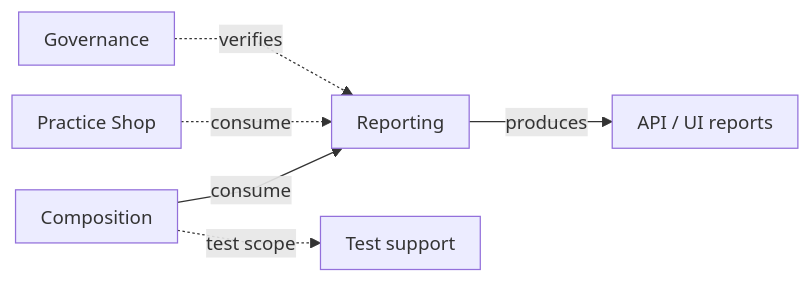
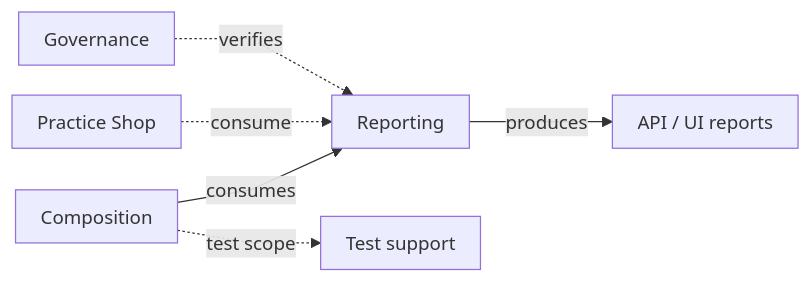
Before and after one commit to crististefanita/atf_j0: the second of 4 diagrams in atf-reporting-tests/README.md, drawn with Mermaid. The commit also changed other lines of this file and 13 other files, not shown here.

````diff
--- a/atf-reporting-tests/README.md
+++ b/atf-reporting-tests/README.md
@@ -276,9 +272,9 @@
 ```mermaid
 %%{init: {"themeVariables":{"fontSize":"15px"},"themeCSS":".nodeLabel, .nodeLabel p { font-size: 15px !important; line-height: 1.35 !important; } .edgeLabel, .edgeLabel p { font-size: 12px !important; font-weight: 400 !important; line-height: 1.2 !important; } .edgeLabel .labelBkg, .edgeLabel p { background: transparent !important; } .edgeLabel foreignObject { transform: translateY(-10px); overflow: visible; } .node rect { rx: 6px; ry: 6px; }","flowchart":{"curve":"linear","nodeSpacing":24,"rankSpacing":40,"padding":10}}}%%
 flowchart LR
-    Composition["Composition"] -->|consume| Reporting["Reporting"]
+    Composition["Composition"] -->|consumes| Reporting["Reporting"]
     Reporting -->|produces| Reports["API / UI reports"]
     Composition -. test scope .-> Support["Test support"]
     ShopTests[Practice Shop] -. consume .-> Reporting
     AppTests["Governance"] -. verifies .-> Reporting
 ```
````
